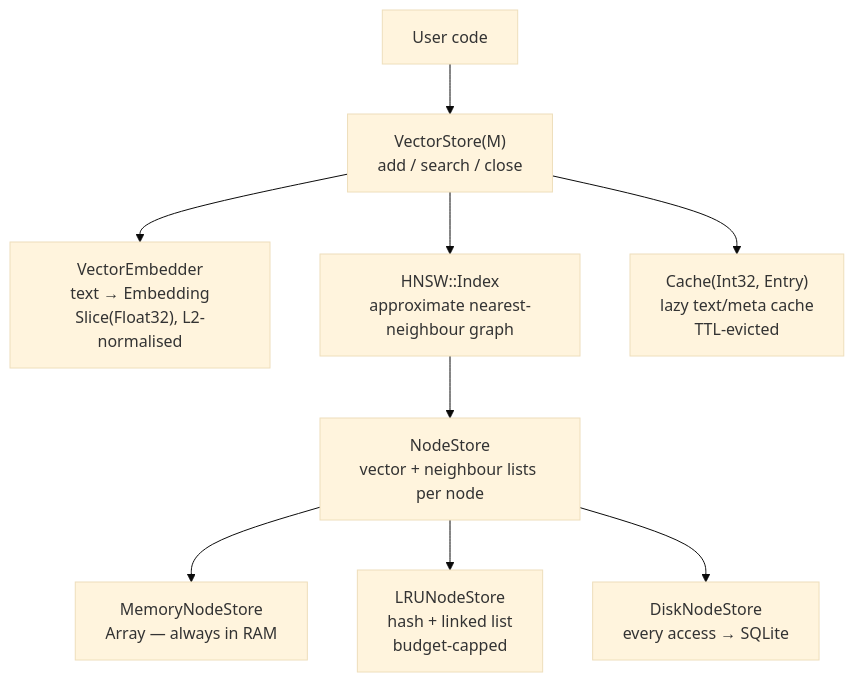
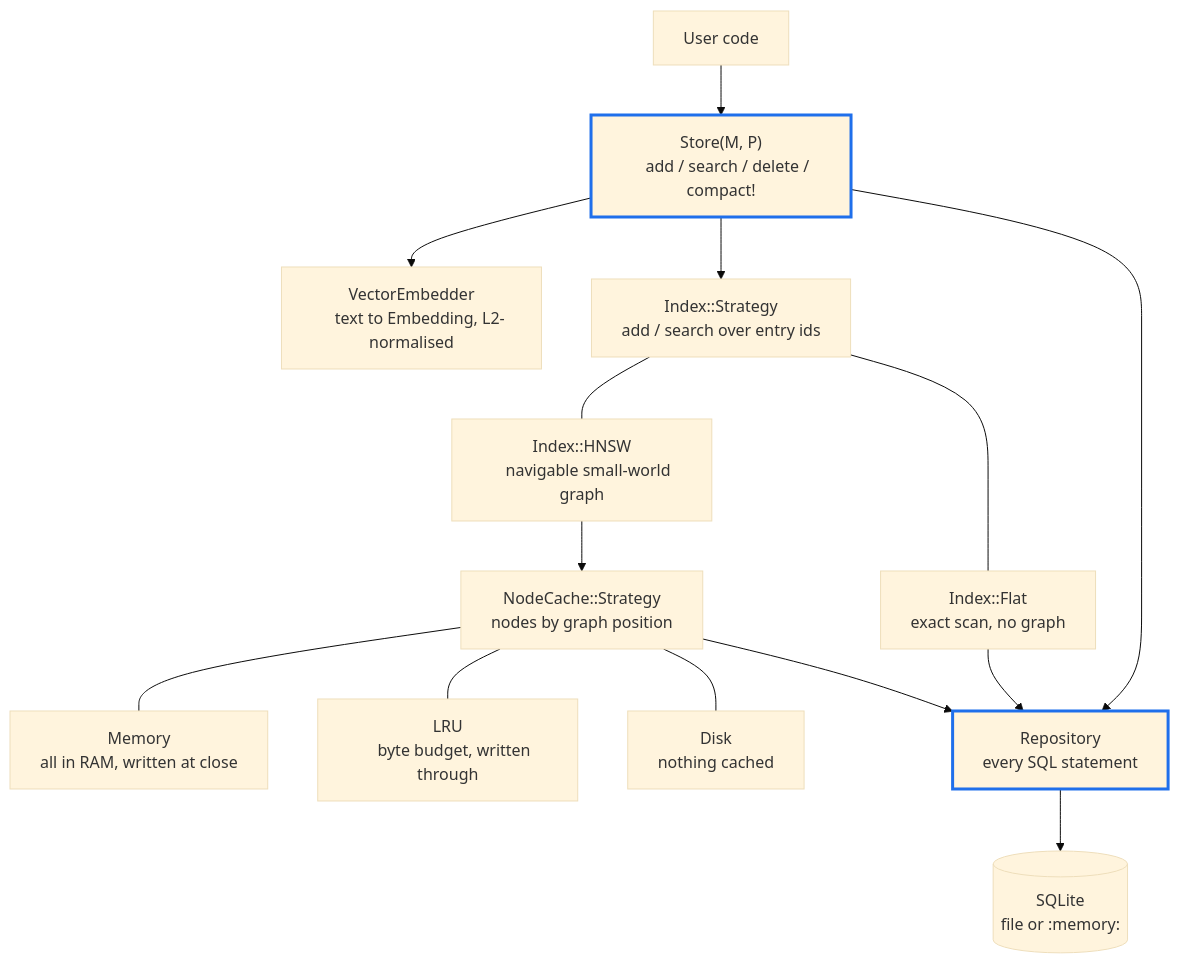
One commit to nogginly/vecstolite.cr changed the first of 2 diagrams in DEVELOPMENT.md. Above: the diagram before and after it, drawn with Mermaid (base theme). The commit also changed other lines of this file, not shown here.

Commit message:
Rewrite DEVELOPMENT.md for the Store architecture

````diff
--- a/DEVELOPMENT.md
+++ b/DEVELOPMENT.md
@@ -58,21 +71,43 @@
 ```mermaid
 flowchart TD
-    UC["User code"]
-    VS["VectorStore(M)\nadd / search / close"]
-    EMB["VectorEmbedder\ntext → Embedding\nSlice(Float32), L2-normalised"]
-    HNSW["HNSW::Index\napproximate nearest-neighbour graph"]
-    NS["NodeStore\nvector + neighbour lists per node"]
-    MNS["MemoryNodeStore\nArray — always in RAM"]
-    LRU["LRUNodeStore\nhash + linked list\nbudget-capped"]
-    DSK["DiskNodeStore\nevery access → SQLite"]
-    EC["Cache(Int32, Entry)\nlazy text/meta cache\nTTL-evicted"]
+    APP["User code"]
+    STORE["Store(M, P)
+    add / search / delete / compact!"]
+    EMB["VectorEmbedder
+    text to Embedding, L2-normalised"]
+    IDX["Index::Strategy
+    add / search over entry ids"]
+    FLAT["Index::Flat
+    exact scan, no graph"]
+    HNSW["Index::HNSW
+    navigable small-world graph"]
+    NC["NodeCache::Strategy
+    nodes by graph position"]
+    MEM["Memory
+    all in RAM, written at close"]
+    LRU["LRU
+    byte budget, written through"]
+    DSK["Disk
+    nothing cached"]
+    REPO["Repository
+    every SQL statement"]
+    DB[("SQLite
+    file or :memory:")]
 
-    UC --> VS
-    VS --> EMB
-    VS --> HNSW
-    VS --> EC
-    HNSW --> NS
-    NS --> MNS
-    NS --> LRU
-    NS --> DSK
+    APP --> STORE
+    STORE --> EMB
+    STORE --> IDX
+    STORE --> REPO
+    IDX --- FLAT
+    IDX --- HNSW
+    FLAT --> REPO
+    HNSW --> NC
+    NC --- MEM
+    NC --- LRU
+    NC --- DSK
+    NC --> REPO
+    REPO --> DB
+
+    style STORE stroke:#1f6feb,stroke-width:3px
+    style REPO stroke:#1f6feb,stroke-width:3px
 ```
````
